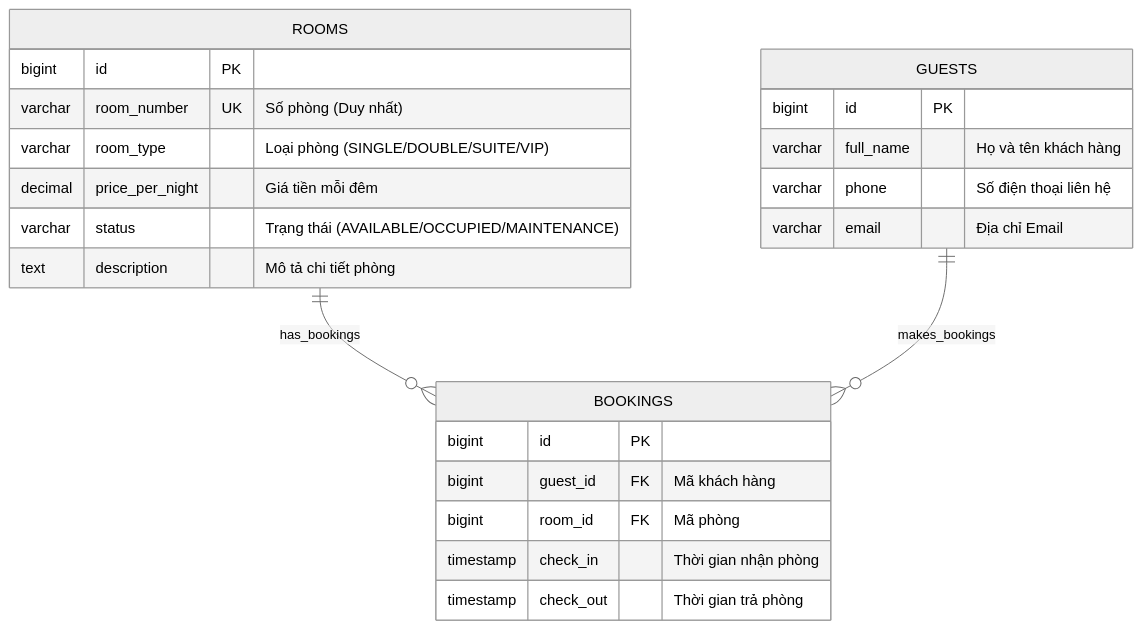
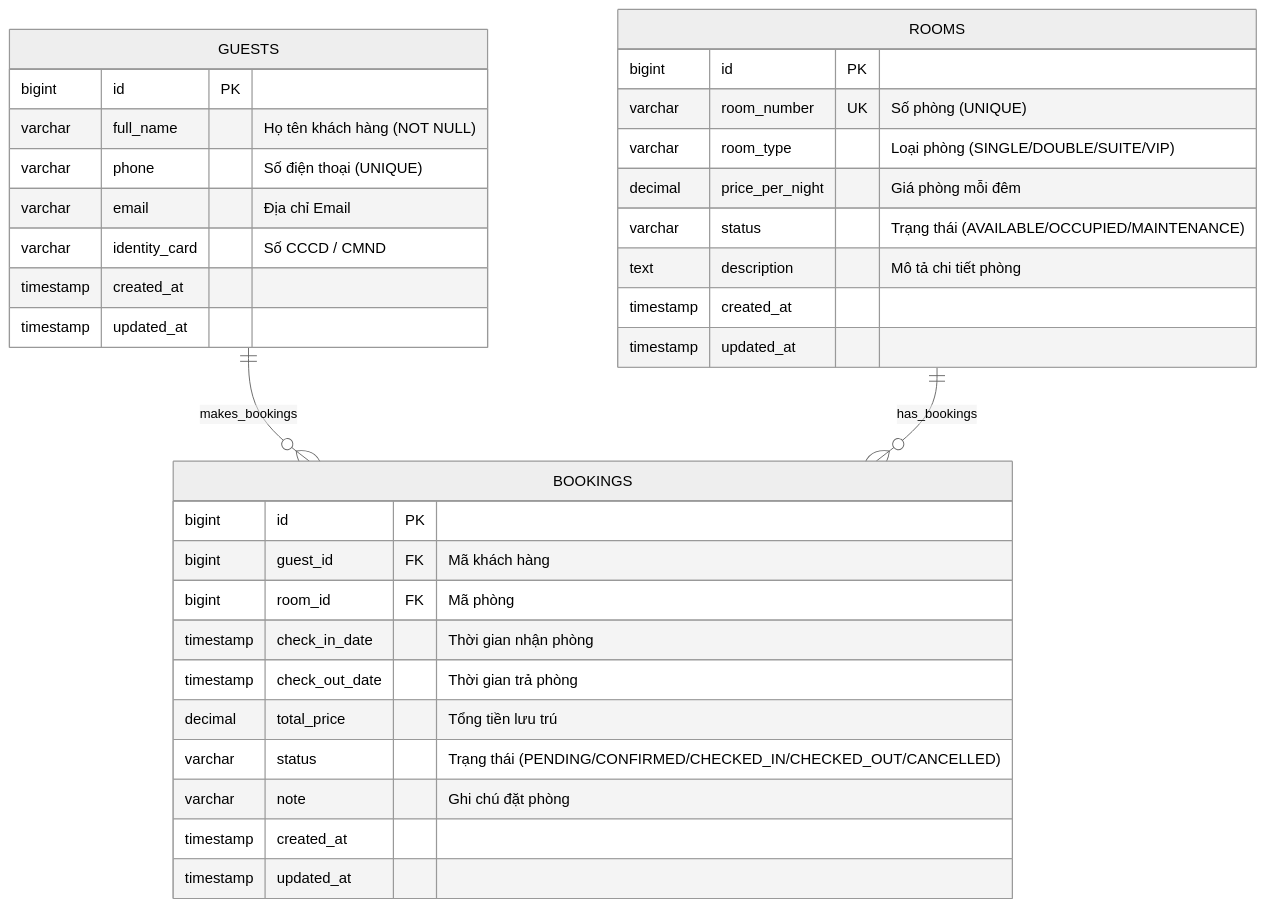
Before and after one commit to DragonGod655/LTUD: the second of 3 diagrams in README.md, drawn with Mermaid (neutral theme). The commit also changed other lines of this file and 115 other files, not shown here.

````diff
--- a/README.md
+++ b/README.md
@@ -164,29 +119,39 @@
 ```mermaid
 erDiagram
+    GUESTS ||--o{ BOOKINGS : "makes_bookings"
     ROOMS ||--o{ BOOKINGS : "has_bookings"
-    GUESTS ||--o{ BOOKINGS : "makes_bookings"
+
+    GUESTS {
+        bigint id PK
+        varchar full_name "Họ tên khách hàng (NOT NULL)"
+        varchar phone "Số điện thoại (UNIQUE)"
+        varchar email "Địa chỉ Email"
+        varchar identity_card "Số CCCD / CMND"
+        timestamp created_at
+        timestamp updated_at
+    }
 
     ROOMS {
         bigint id PK
-        varchar room_number UK "Số phòng (Duy nhất)"
+        varchar room_number UK "Số phòng (UNIQUE)"
         varchar room_type "Loại phòng (SINGLE/DOUBLE/SUITE/VIP)"
-        decimal price_per_night "Giá tiền mỗi đêm"
+        decimal price_per_night "Giá phòng mỗi đêm"
         varchar status "Trạng thái (AVAILABLE/OCCUPIED/MAINTENANCE)"
         text description "Mô tả chi tiết phòng"
-    }
-
-    GUESTS {
-        bigint id PK
-        varchar full_name "Họ và tên khách hàng"
-        varchar phone "Số điện thoại liên hệ"
-        varchar email "Địa chỉ Email"
+        timestamp created_at
+        timestamp updated_at
     }
 
     BOOKINGS {
         bigint id PK
         bigint guest_id FK "Mã khách hàng"
         bigint room_id FK "Mã phòng"
-        timestamp check_in "Thời gian nhận phòng"
-        timestamp check_out "Thời gian trả phòng"
+        timestamp check_in_date "Thời gian nhận phòng"
+        timestamp check_out_date "Thời gian trả phòng"
+        decimal total_price "Tổng tiền lưu trú"
+        varchar status "Trạng thái (PENDING/CONFIRMED/CHECKED_IN/CHECKED_OUT/CANCELLED)"
+        varchar note "Ghi chú đặt phòng"
+        timestamp created_at
+        timestamp updated_at
     }
 ```
````
